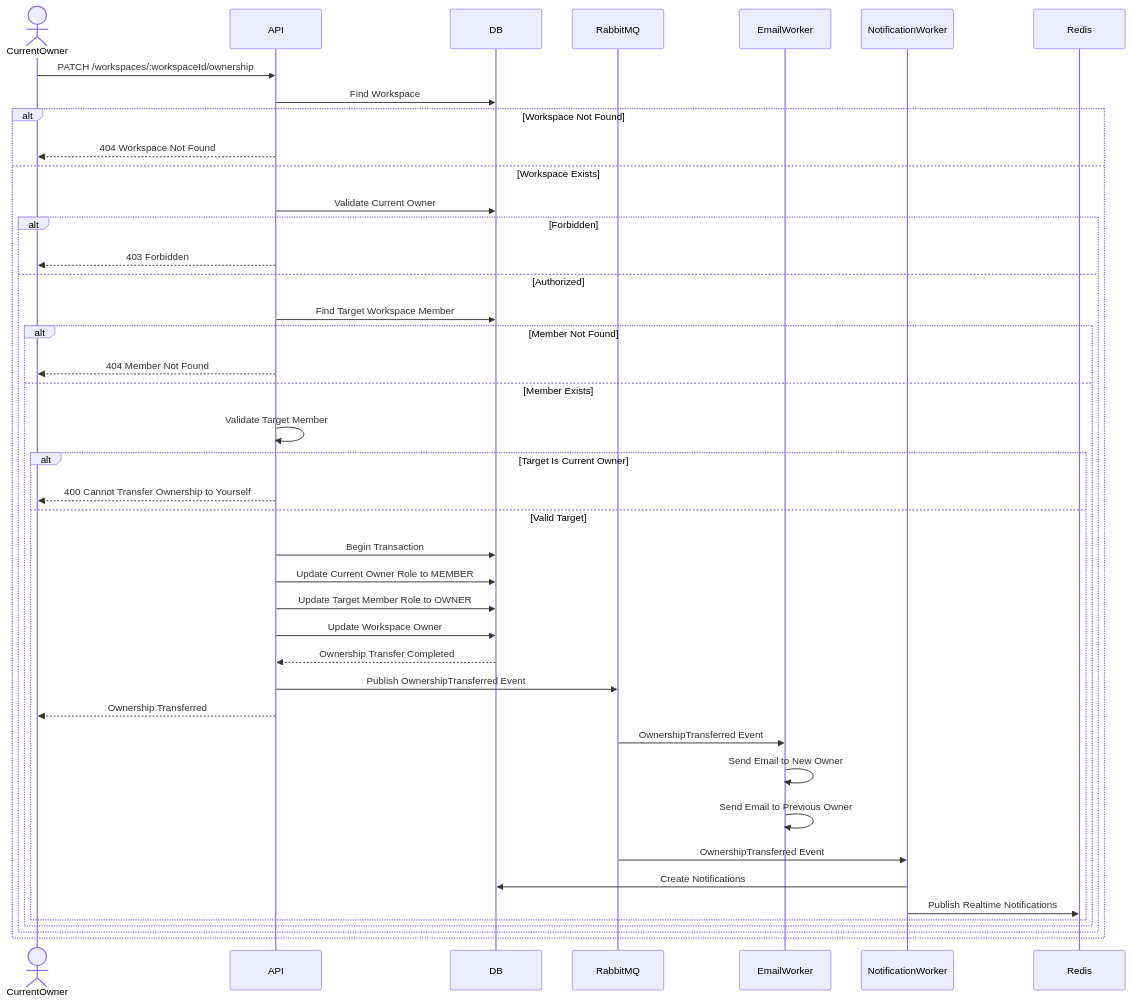
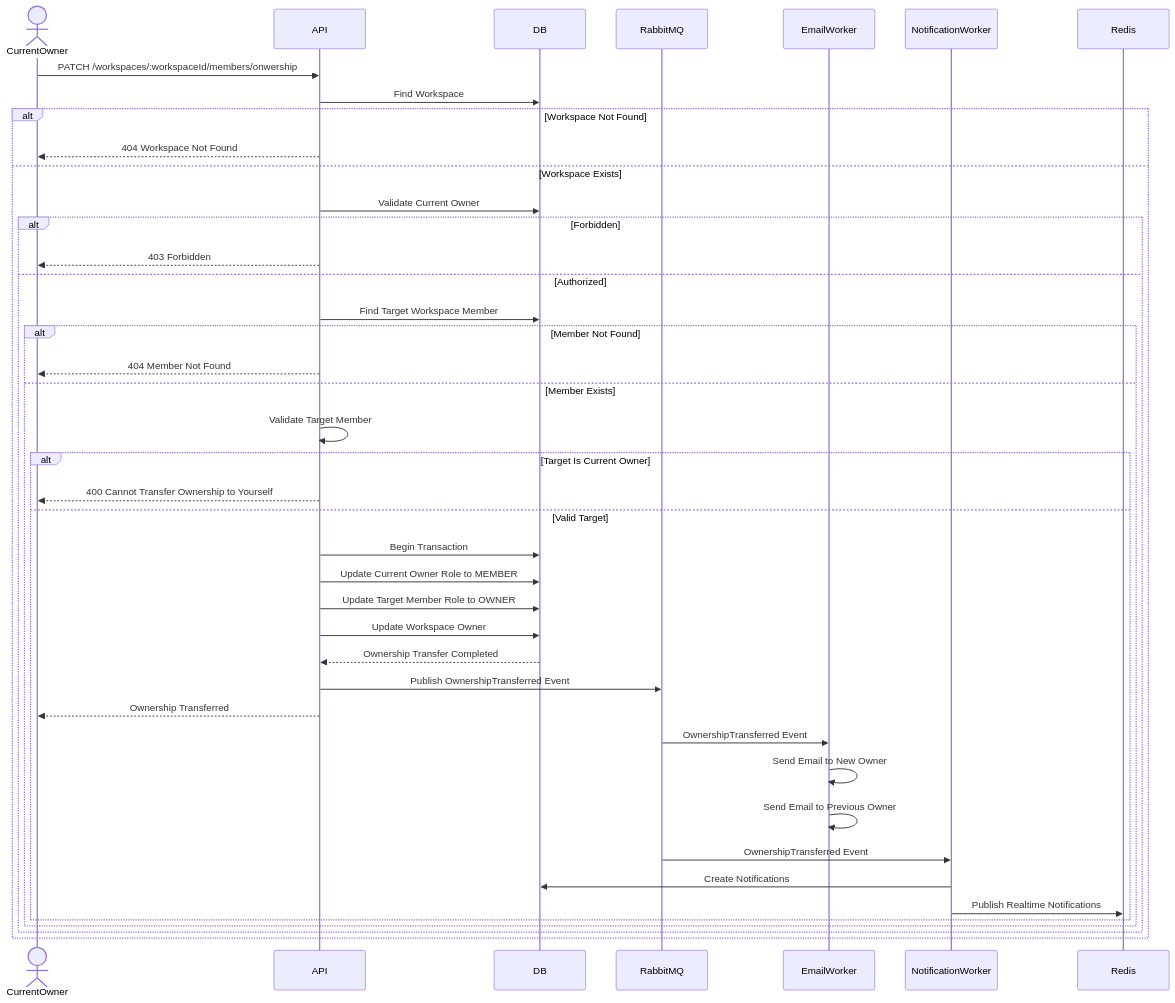
Before and after one commit to datnguyxn/LinkFlow: the sixth of 6 diagrams in docs/architecture/workspace-member/WorkspaceMember-Sequence.md, drawn with Mermaid. The commit also changed other lines of this file and 10 other files, not shown here.

Commit message:
test(api): add workspace member test coverage

````diff
--- a/docs/architecture/workspace-member/WorkspaceMember-Sequence.md
+++ b/docs/architecture/workspace-member/WorkspaceMember-Sequence.md
@@ -283,60 +296,60 @@
 ```mermaid
 sequenceDiagram
     actor CurrentOwner
     participant API
     participant DB
     participant RabbitMQ
     participant EmailWorker
     participant NotificationWorker
 
-    CurrentOwner->>API: PATCH /workspaces/:workspaceId/ownership
+    CurrentOwner->>API: PATCH /workspaces/:workspaceId/members/onwership
 
     API->>DB: Find Workspace
 
     alt Workspace Not Found
         API-->>CurrentOwner: 404 Workspace Not Found
     else Workspace Exists
 
         API->>DB: Validate Current Owner
 
         alt Forbidden
             API-->>CurrentOwner: 403 Forbidden
         else Authorized
 
             API->>DB: Find Target Workspace Member
 
             alt Member Not Found
                 API-->>CurrentOwner: 404 Member Not Found
             else Member Exists
 
                 API->>API: Validate Target Member
 
                 alt Target Is Current Owner
                     API-->>CurrentOwner: 400 Cannot Transfer Ownership to Yourself
                 else Valid Target
 
                     API->>DB: Begin Transaction
 
                     API->>DB: Update Current Owner Role to MEMBER
                     API->>DB: Update Target Member Role to OWNER
                     API->>DB: Update Workspace Owner
 
                     DB-->>API: Ownership Transfer Completed
 
                     API->>RabbitMQ: Publish OwnershipTransferred Event
 
                     API-->>CurrentOwner: Ownership Transferred
 
                     RabbitMQ->>EmailWorker: OwnershipTransferred Event
                     EmailWorker->>EmailWorker: Send Email to New Owner
                     EmailWorker->>EmailWorker: Send Email to Previous Owner
 
                     RabbitMQ->>NotificationWorker: OwnershipTransferred Event
                     NotificationWorker->>DB: Create Notifications
                     NotificationWorker->>Redis: Publish Realtime Notifications
 
                 end
             end
         end
     end
 ```
````
